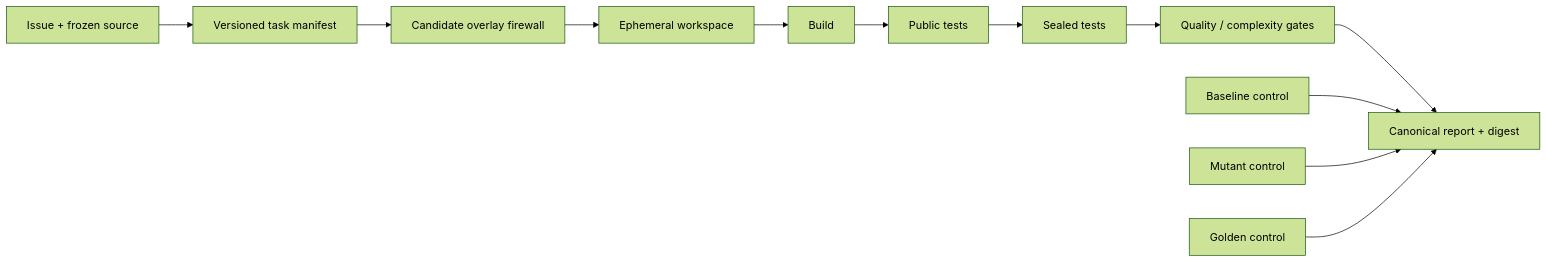
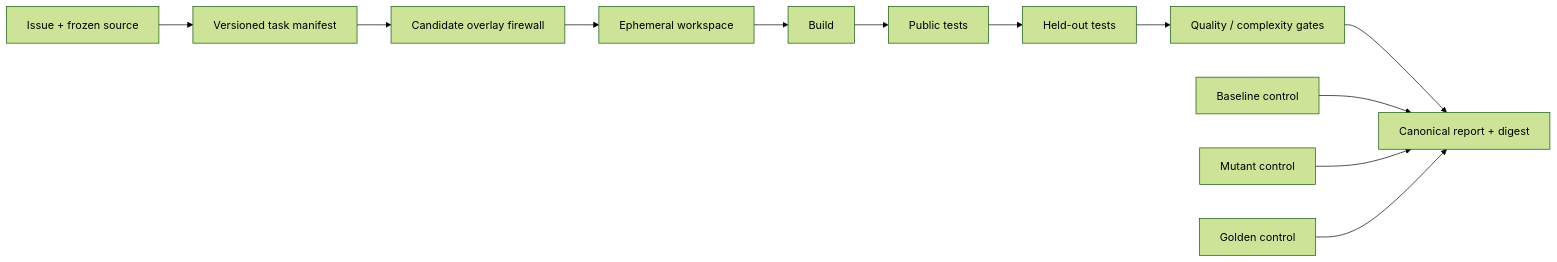
Before and after one commit to shi1720/repo-gauntlet: the diagram in README.md, drawn with Mermaid (forest theme). The commit also changed other lines of this file and 16 other files, not shown here.

````diff
--- a/README.md
+++ b/README.md
@@ -48,14 +48,14 @@
 ```mermaid
 flowchart LR
   A[Issue + frozen source] --> B[Versioned task manifest]
   B --> C[Candidate overlay firewall]
   C --> D[Ephemeral workspace]
   D --> E[Build]
   E --> F[Public tests]
-  F --> G[Sealed tests]
+  F --> G[Held-out tests]
   G --> H[Quality / complexity gates]
   H --> I[Canonical report + digest]
   J[Baseline control] --> I
   K[Mutant control] --> I
   L[Golden control] --> I
 ```
````
